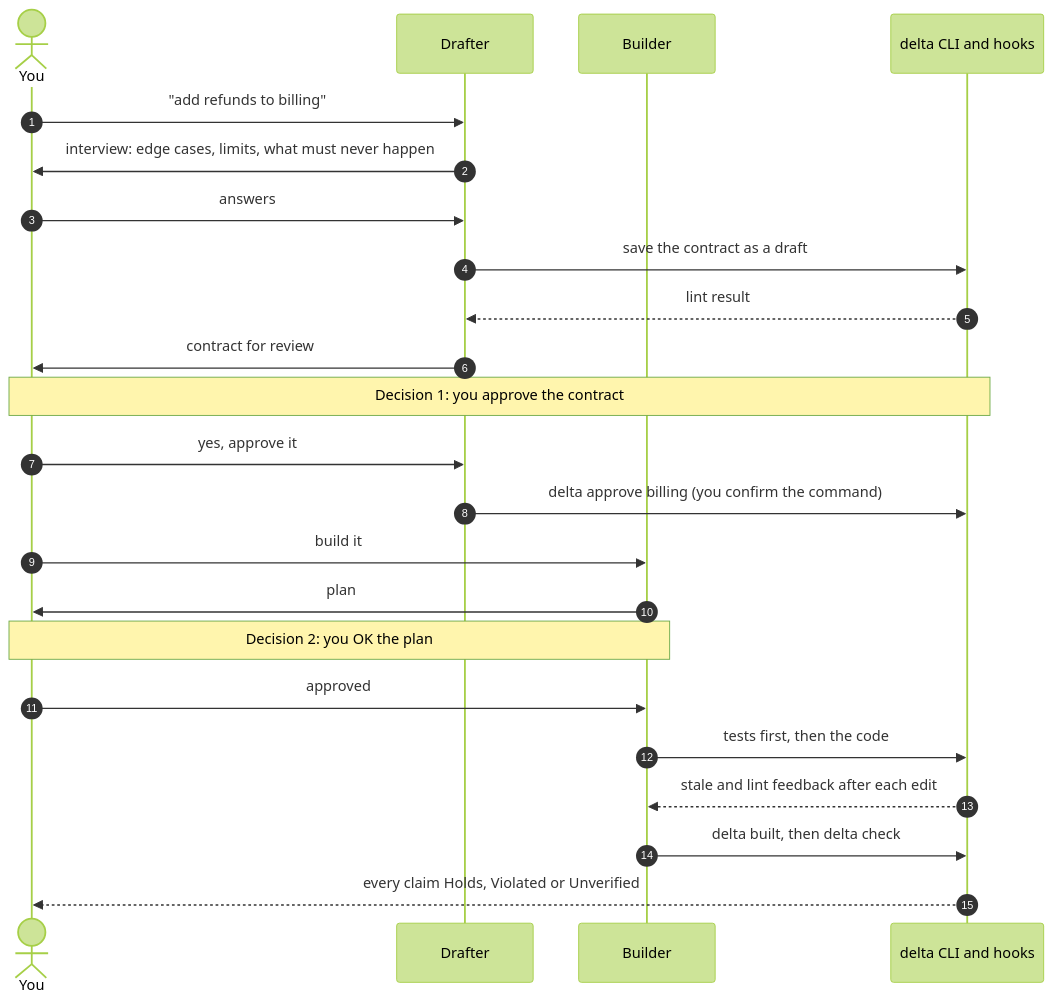
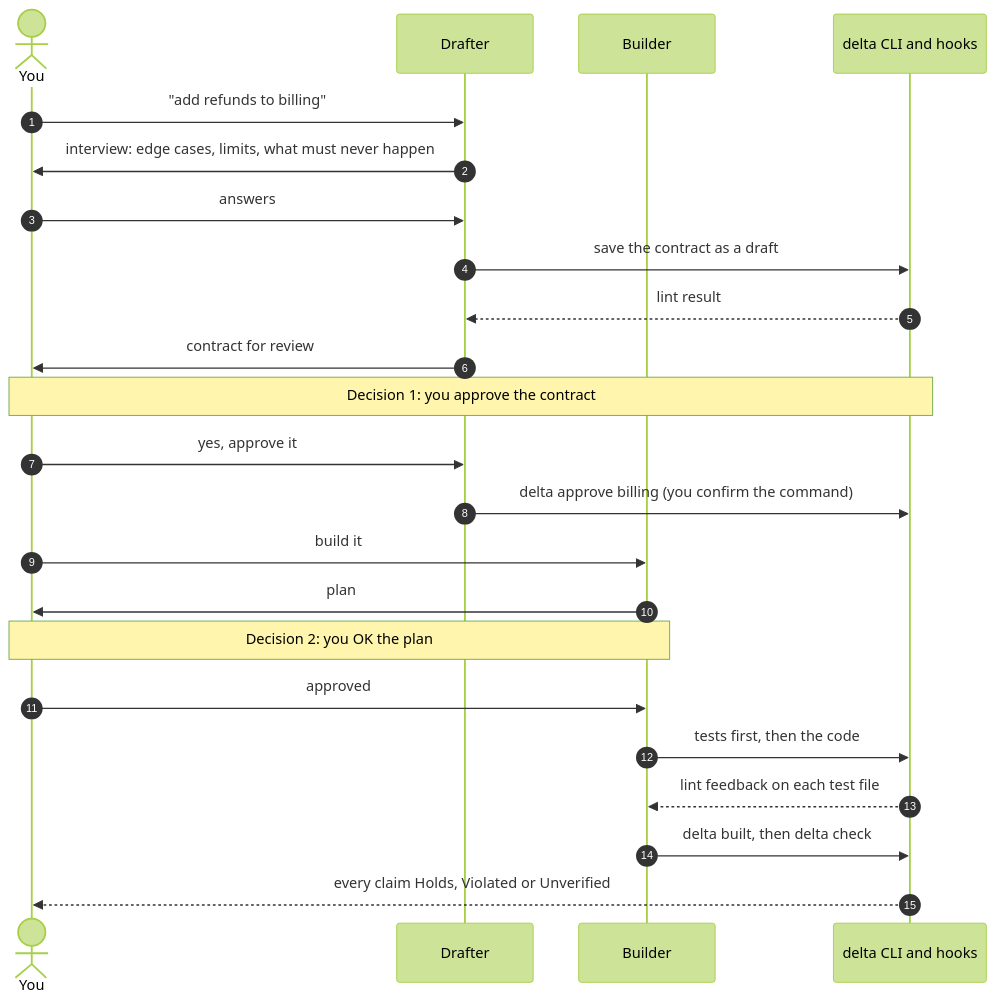
Before and after one commit to ronz204/deltas-ai: the first of 2 diagrams in README.md, drawn with Mermaid (forest theme). The commit also changed other lines of this file and 4 other files, not shown here.

````diff
--- a/README.md
+++ b/README.md
@@ -65,28 +70,28 @@
 ```mermaid
 sequenceDiagram
     autonumber
     actor You
     participant Drafter
     participant Builder
     participant CLI as delta CLI and hooks
 
     You->>Drafter: "add refunds to billing"
     Drafter->>You: interview: edge cases, limits, what must never happen
     You->>Drafter: answers
     Drafter->>CLI: save the contract as a draft
     CLI-->>Drafter: lint result
     Drafter->>You: contract for review
 
     Note over You,CLI: Decision 1: you approve the contract
     You->>Drafter: yes, approve it
     Drafter->>CLI: delta approve billing (you confirm the command)
 
     You->>Builder: build it
     Builder->>You: plan
     Note over You,Builder: Decision 2: you OK the plan
     You->>Builder: approved
     Builder->>CLI: tests first, then the code
-    CLI-->>Builder: stale and lint feedback after each edit
+    CLI-->>Builder: lint feedback on each test file
     Builder->>CLI: delta built, then delta check
     CLI-->>You: every claim Holds, Violated or Unverified
 ```
````
